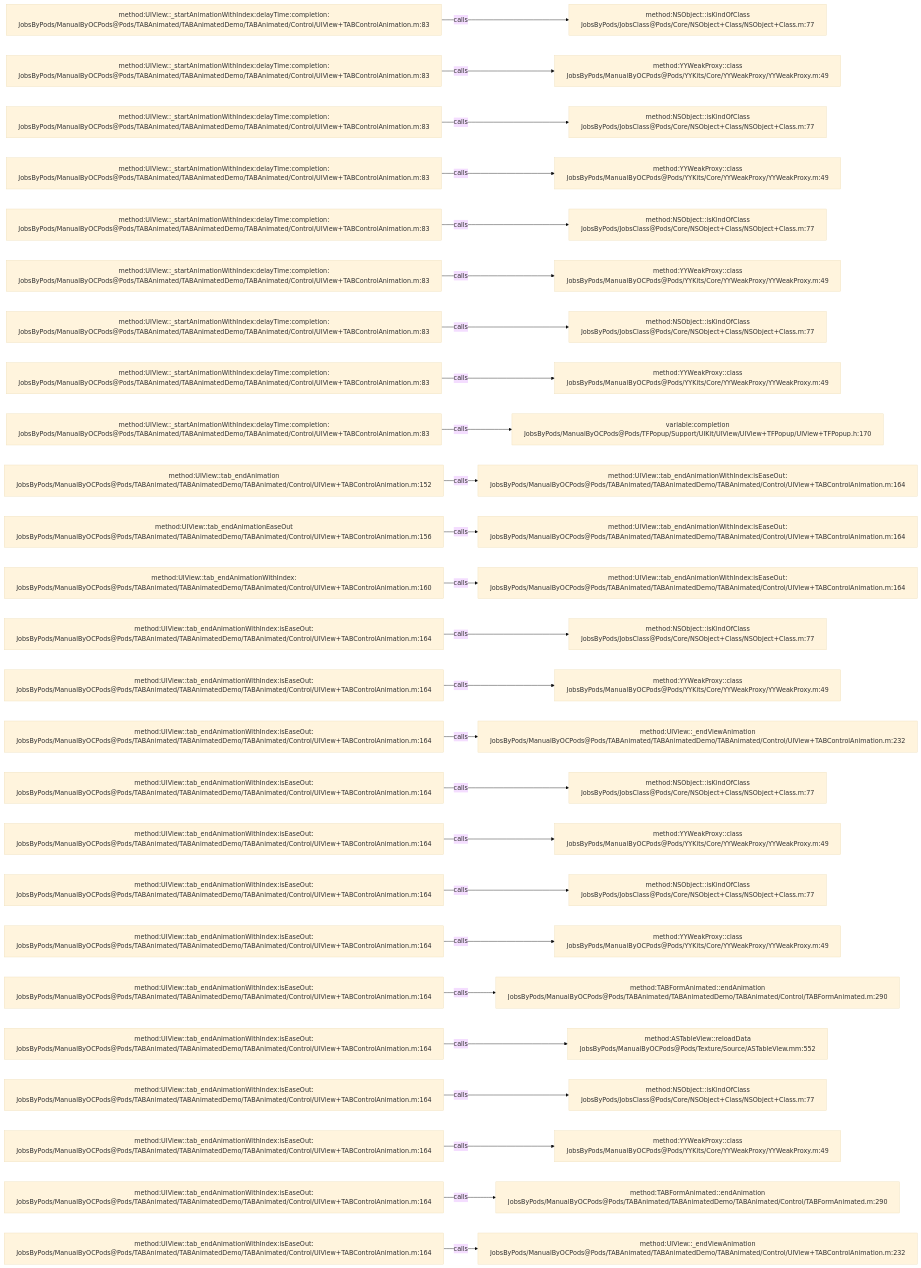
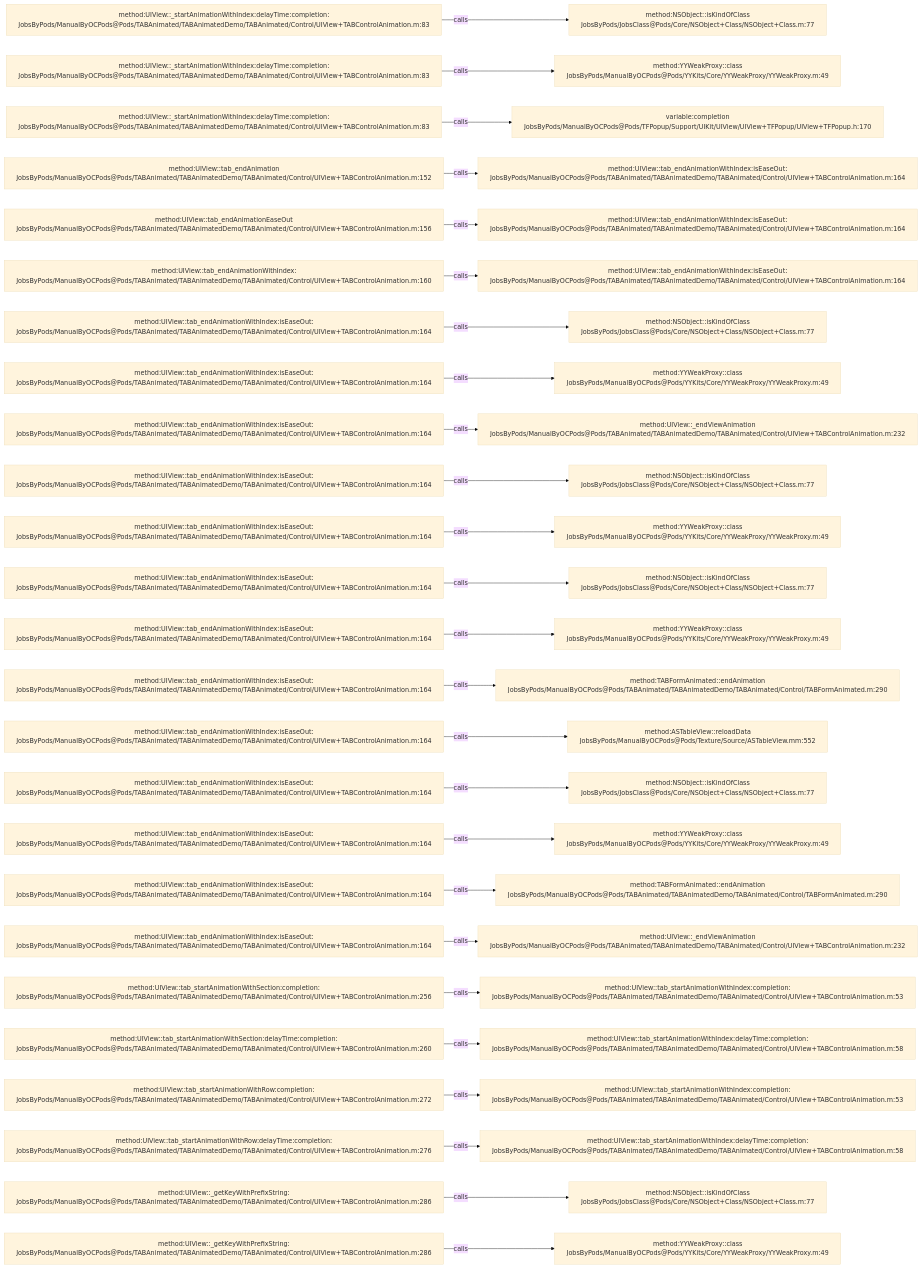
Before and after one commit to JobsKits/JobsOCBaseConfigDemo: the diagram in .codegraph/codegraph.md/graphs/calls-019.md, drawn with Mermaid (base theme). The commit also changed 666 other files, not shown here.

````diff
--- a/.codegraph/codegraph.md/graphs/calls-019.md
+++ b/.codegraph/codegraph.md/graphs/calls-019.md
@@ -13,78 +13,78 @@
 ```mermaid
 flowchart LR
   S1["method:UIView::_startAnimationWithIndex:delayTime:completion:<br/>JobsByPods/ManualByOCPods@Pods/TABAnimated/TABAnimatedDemo/TABAnimated/Control/UIView+TABControlAnimation.m:83"]
   T1["method:NSObject::isKindOfClass<br/>JobsByPods/JobsClass@Pods/Core/NSObject+Class/NSObject+Class.m:77"]
   S1 -->|calls| T1
   S2["method:UIView::_startAnimationWithIndex:delayTime:completion:<br/>JobsByPods/ManualByOCPods@Pods/TABAnimated/TABAnimatedDemo/TABAnimated/Control/UIView+TABControlAnimation.m:83"]
   T2["method:YYWeakProxy::class<br/>JobsByPods/ManualByOCPods@Pods/YYKits/Core/YYWeakProxy/YYWeakProxy.m:49"]
   S2 -->|calls| T2
   S3["method:UIView::_startAnimationWithIndex:delayTime:completion:<br/>JobsByPods/ManualByOCPods@Pods/TABAnimated/TABAnimatedDemo/TABAnimated/Control/UIView+TABControlAnimation.m:83"]
-  T3["method:NSObject::isKindOfClass<br/>JobsByPods/JobsClass@Pods/Core/NSObject+Class/NSObject+Class.m:77"]
+  T3["variable:completion<br/>JobsByPods/ManualByOCPods@Pods/TFPopup/Support/UIKit/UIView/UIView+TFPopup/UIView+TFPopup.h:170"]
   S3 -->|calls| T3
-  S4["method:UIView::_startAnimationWithIndex:delayTime:completion:<br/>JobsByPods/ManualByOCPods@Pods/TABAnimated/TABAnimatedDemo/TABAnimated/Control/UIView+TABControlAnimation.m:83"]
-  T4["method:YYWeakProxy::class<br/>JobsByPods/ManualByOCPods@Pods/YYKits/Core/YYWeakProxy/YYWeakProxy.m:49"]
+  S4["method:UIView::tab_endAnimation<br/>JobsByPods/ManualByOCPods@Pods/TABAnimated/TABAnimatedDemo/TABAnimated/Control/UIView+TABControlAnimation.m:152"]
+  T4["method:UIView::tab_endAnimationWithIndex:isEaseOut:<br/>JobsByPods/ManualByOCPods@Pods/TABAnimated/TABAnimatedDemo/TABAnimated/Control/UIView+TABControlAnimation.m:164"]
   S4 -->|calls| T4
-  S5["method:UIView::_startAnimationWithIndex:delayTime:completion:<br/>JobsByPods/ManualByOCPods@Pods/TABAnimated/TABAnimatedDemo/TABAnimated/Control/UIView+TABControlAnimation.m:83"]
-  T5["method:NSObject::isKindOfClass<br/>JobsByPods/JobsClass@Pods/Core/NSObject+Class/NSObject+Class.m:77"]
+  S5["method:UIView::tab_endAnimationEaseOut<br/>JobsByPods/ManualByOCPods@Pods/TABAnimated/TABAnimatedDemo/TABAnimated/Control/UIView+TABControlAnimation.m:156"]
+  T5["method:UIView::tab_endAnimationWithIndex:isEaseOut:<br/>JobsByPods/ManualByOCPods@Pods/TABAnimated/TABAnimatedDemo/TABAnimated/Control/UIView+TABControlAnimation.m:164"]
   S5 -->|calls| T5
-  S6["method:UIView::_startAnimationWithIndex:delayTime:completion:<br/>JobsByPods/ManualByOCPods@Pods/TABAnimated/TABAnimatedDemo/TABAnimated/Control/UIView+TABControlAnimation.m:83"]
-  T6["method:YYWeakProxy::class<br/>JobsByPods/ManualByOCPods@Pods/YYKits/Core/YYWeakProxy/YYWeakProxy.m:49"]
+  S6["method:UIView::tab_endAnimationWithIndex:<br/>JobsByPods/ManualByOCPods@Pods/TABAnimated/TABAnimatedDemo/TABAnimated/Control/UIView+TABControlAnimation.m:160"]
+  T6["method:UIView::tab_endAnimationWithIndex:isEaseOut:<br/>JobsByPods/ManualByOCPods@Pods/TABAnimated/TABAnimatedDemo/TABAnimated/Control/UIView+TABControlAnimation.m:164"]
   S6 -->|calls| T6
-  S7["method:UIView::_startAnimationWithIndex:delayTime:completion:<br/>JobsByPods/ManualByOCPods@Pods/TABAnimated/TABAnimatedDemo/TABAnimated/Control/UIView+TABControlAnimation.m:83"]
+  S7["method:UIView::tab_endAnimationWithIndex:isEaseOut:<br/>JobsByPods/ManualByOCPods@Pods/TABAnimated/TABAnimatedDemo/TABAnimated/Control/UIView+TABControlAnimation.m:164"]
   T7["method:NSObject::isKindOfClass<br/>JobsByPods/JobsClass@Pods/Core/NSObject+Class/NSObject+Class.m:77"]
   S7 -->|calls| T7
-  S8["method:UIView::_startAnimationWithIndex:delayTime:completion:<br/>JobsByPods/ManualByOCPods@Pods/TABAnimated/TABAnimatedDemo/TABAnimated/Control/UIView+TABControlAnimation.m:83"]
+  S8["method:UIView::tab_endAnimationWithIndex:isEaseOut:<br/>JobsByPods/ManualByOCPods@Pods/TABAnimated/TABAnimatedDemo/TABAnimated/Control/UIView+TABControlAnimation.m:164"]
   T8["method:YYWeakProxy::class<br/>JobsByPods/ManualByOCPods@Pods/YYKits/Core/YYWeakProxy/YYWeakProxy.m:49"]
   S8 -->|calls| T8
-  S9["method:UIView::_startAnimationWithIndex:delayTime:completion:<br/>JobsByPods/ManualByOCPods@Pods/TABAnimated/TABAnimatedDemo/TABAnimated/Control/UIView+TABControlAnimation.m:83"]
-  T9["variable:completion<br/>JobsByPods/ManualByOCPods@Pods/TFPopup/Support/UIKit/UIView/UIView+TFPopup/UIView+TFPopup.h:170"]
+  S9["method:UIView::tab_endAnimationWithIndex:isEaseOut:<br/>JobsByPods/ManualByOCPods@Pods/TABAnimated/TABAnimatedDemo/TABAnimated/Control/UIView+TABControlAnimation.m:164"]
+  T9["method:UIView::_endViewAnimation<br/>JobsByPods/ManualByOCPods@Pods/TABAnimated/TABAnimatedDemo/TABAnimated/Control/UIView+TABControlAnimation.m:232"]
   S9 -->|calls| T9
-  S10["method:UIView::tab_endAnimation<br/>JobsByPods/ManualByOCPods@Pods/TABAnimated/TABAnimatedDemo/TABAnimated/Control/UIView+TABControlAnimation.m:152"]
-  T10["method:UIView::tab_endAnimationWithIndex:isEaseOut:<br/>JobsByPods/ManualByOCPods@Pods/TABAnimated/TABAnimatedDemo/TABAnimated/Control/UIView+TABControlAnimation.m:164"]
+  S10["method:UIView::tab_endAnimationWithIndex:isEaseOut:<br/>JobsByPods/ManualByOCPods@Pods/TABAnimated/TABAnimatedDemo/TABAnimated/Control/UIView+TABControlAnimation.m:164"]
+  T10["method:NSObject::isKindOfClass<br/>JobsByPods/JobsClass@Pods/Core/NSObject+Class/NSObject+Class.m:77"]
   S10 -->|calls| T10
-  S11["method:UIView::tab_endAnimationEaseOut<br/>JobsByPods/ManualByOCPods@Pods/TABAnimated/TABAnimatedDemo/TABAnimated/Control/UIView+TABControlAnimation.m:156"]
-  T11["method:UIView::tab_endAnimationWithIndex:isEaseOut:<br/>JobsByPods/ManualByOCPods@Pods/TABAnimated/TABAnimatedDemo/TABAnimated/Control/UIView+TABControlAnimation.m:164"]
+  S11["method:UIView::tab_endAnimationWithIndex:isEaseOut:<br/>JobsByPods/ManualByOCPods@Pods/TABAnimated/TABAnimatedDemo/TABAnimated/Control/UIView+TABControlAnimation.m:164"]
+  T11["method:YYWeakProxy::class<br/>JobsByPods/ManualByOCPods@Pods/YYKits/Core/YYWeakProxy/YYWeakProxy.m:49"]
   S11 -->|calls| T11
-  S12["method:UIView::tab_endAnimationWithIndex:<br/>JobsByPods/ManualByOCPods@Pods/TABAnimated/TABAnimatedDemo/TABAnimated/Control/UIView+TABControlAnimation.m:160"]
-  T12["method:UIView::tab_endAnimationWithIndex:isEaseOut:<br/>JobsByPods/ManualByOCPods@Pods/TABAnimated/TABAnimatedDemo/TABAnimated/Control/UIView+TABControlAnimation.m:164"]
+  S12["method:UIView::tab_endAnimationWithIndex:isEaseOut:<br/>JobsByPods/ManualByOCPods@Pods/TABAnimated/TABAnimatedDemo/TABAnimated/Control/UIView+TABControlAnimation.m:164"]
+  T12["method:NSObject::isKindOfClass<br/>JobsByPods/JobsClass@Pods/Core/NSObject+Class/NSObject+Class.m:77"]
   S12 -->|calls| T12
   S13["method:UIView::tab_endAnimationWithIndex:isEaseOut:<br/>JobsByPods/ManualByOCPods@Pods/TABAnimated/TABAnimatedDemo/TABAnimated/Control/UIView+TABControlAnimation.m:164"]
-  T13["method:NSObject::isKindOfClass<br/>JobsByPods/JobsClass@Pods/Core/NSObject+Class/NSObject+Class.m:77"]
+  T13["method:YYWeakProxy::class<br/>JobsByPods/ManualByOCPods@Pods/YYKits/Core/YYWeakProxy/YYWeakProxy.m:49"]
   S13 -->|calls| T13
   S14["method:UIView::tab_endAnimationWithIndex:isEaseOut:<br/>JobsByPods/ManualByOCPods@Pods/TABAnimated/TABAnimatedDemo/TABAnimated/Control/UIView+TABControlAnimation.m:164"]
-  T14["method:YYWeakProxy::class<br/>JobsByPods/ManualByOCPods@Pods/YYKits/Core/YYWeakProxy/YYWeakProxy.m:49"]
+  T14["method:TABFormAnimated::endAnimation<br/>JobsByPods/ManualByOCPods@Pods/TABAnimated/TABAnimatedDemo/TABAnimated/Control/TABFormAnimated.m:290"]
   S14 -->|calls| T14
   S15["method:UIView::tab_endAnimationWithIndex:isEaseOut:<br/>JobsByPods/ManualByOCPods@Pods/TABAnimated/TABAnimatedDemo/TABAnimated/Control/UIView+TABControlAnimation.m:164"]
-  T15["method:UIView::_endViewAnimation<br/>JobsByPods/ManualByOCPods@Pods/TABAnimated/TABAnimatedDemo/TABAnimated/Control/UIView+TABControlAnimation.m:232"]
+  T15["method:ASTableView::reloadData<br/>JobsByPods/ManualByOCPods@Pods/Texture/Source/ASTableView.mm:552"]
   S15 -->|calls| T15
   S16["method:UIView::tab_endAnimationWithIndex:isEaseOut:<br/>JobsByPods/ManualByOCPods@Pods/TABAnimated/TABAnimatedDemo/TABAnimated/Control/UIView+TABControlAnimation.m:164"]
   T16["method:NSObject::isKindOfClass<br/>JobsByPods/JobsClass@Pods/Core/NSObject+Class/NSObject+Class.m:77"]
   S16 -->|calls| T16
   S17["method:UIView::tab_endAnimationWithIndex:isEaseOut:<br/>JobsByPods/ManualByOCPods@Pods/TABAnimated/TABAnimatedDemo/TABAnimated/Control/UIView+TABControlAnimation.m:164"]
   T17["method:YYWeakProxy::class<br/>JobsByPods/ManualByOCPods@Pods/YYKits/Core/YYWeakProxy/YYWeakProxy.m:49"]
   S17 -->|calls| T17
   S18["method:UIView::tab_endAnimationWithIndex:isEaseOut:<br/>JobsByPods/ManualByOCPods@Pods/TABAnimated/TABAnimatedDemo/TABAnimated/Control/UIView+TABControlAnimation.m:164"]
-  T18["method:NSObject::isKindOfClass<br/>JobsByPods/JobsClass@Pods/Core/NSObject+Class/NSObject+Class.m:77"]
+  T18["method:TABFormAnimated::endAnimation<br/>JobsByPods/ManualByOCPods@Pods/TABAnimated/TABAnimatedDemo/TABAnimated/Control/TABFormAnimated.m:290"]
   S18 -->|calls| T18
   S19["method:UIView::tab_endAnimationWithIndex:isEaseOut:<br/>JobsByPods/ManualByOCPods@Pods/TABAnimated/TABAnimatedDemo/TABAnimated/Control/UIView+TABControlAnimation.m:164"]
-  T19["method:YYWeakProxy::class<br/>JobsByPods/ManualByOCPods@Pods/YYKits/Core/YYWeakProxy/YYWeakProxy.m:49"]
+  T19["method:UIView::_endViewAnimation<br/>JobsByPods/ManualByOCPods@Pods/TABAnimated/TABAnimatedDemo/TABAnimated/Control/UIView+TABControlAnimation.m:232"]
   S19 -->|calls| T19
-  S20["method:UIView::tab_endAnimationWithIndex:isEaseOut:<br/>JobsByPods/ManualByOCPods@Pods/TABAnimated/TABAnimatedDemo/TABAnimated/Control/UIView+TABControlAnimation.m:164"]
-  T20["method:TABFormAnimated::endAnimation<br/>JobsByPods/ManualByOCPods@Pods/TABAnimated/TABAnimatedDemo/TABAnimated/Control/TABFormAnimated.m:290"]
+  S20["method:UIView::tab_startAnimationWithSection:completion:<br/>JobsByPods/ManualByOCPods@Pods/TABAnimated/TABAnimatedDemo/TABAnimated/Control/UIView+TABControlAnimation.m:256"]
+  T20["method:UIView::tab_startAnimationWithIndex:completion:<br/>JobsByPods/ManualByOCPods@Pods/TABAnimated/TABAnimatedDemo/TABAnimated/Control/UIView+TABControlAnimation.m:53"]
   S20 -->|calls| T20
-  S21["method:UIView::tab_endAnimationWithIndex:isEaseOut:<br/>JobsByPods/ManualByOCPods@Pods/TABAnimated/TABAnimatedDemo/TABAnimated/Control/UIView+TABControlAnimation.m:164"]
-  T21["method:ASTableView::reloadData<br/>JobsByPods/ManualByOCPods@Pods/Texture/Source/ASTableView.mm:552"]
+  S21["method:UIView::tab_startAnimationWithSection:delayTime:completion:<br/>JobsByPods/ManualByOCPods@Pods/TABAnimated/TABAnimatedDemo/TABAnimated/Control/UIView+TABControlAnimation.m:260"]
+  T21["method:UIView::tab_startAnimationWithIndex:delayTime:completion:<br/>JobsByPods/ManualByOCPods@Pods/TABAnimated/TABAnimatedDemo/TABAnimated/Control/UIView+TABControlAnimation.m:58"]
   S21 -->|calls| T21
-  S22["method:UIView::tab_endAnimationWithIndex:isEaseOut:<br/>JobsByPods/ManualByOCPods@Pods/TABAnimated/TABAnimatedDemo/TABAnimated/Control/UIView+TABControlAnimation.m:164"]
-  T22["method:NSObject::isKindOfClass<br/>JobsByPods/JobsClass@Pods/Core/NSObject+Class/NSObject+Class.m:77"]
+  S22["method:UIView::tab_startAnimationWithRow:completion:<br/>JobsByPods/ManualByOCPods@Pods/TABAnimated/TABAnimatedDemo/TABAnimated/Control/UIView+TABControlAnimation.m:272"]
+  T22["method:UIView::tab_startAnimationWithIndex:completion:<br/>JobsByPods/ManualByOCPods@Pods/TABAnimated/TABAnimatedDemo/TABAnimated/Control/UIView+TABControlAnimation.m:53"]
   S22 -->|calls| T22
-  S23["method:UIView::tab_endAnimationWithIndex:isEaseOut:<br/>JobsByPods/ManualByOCPods@Pods/TABAnimated/TABAnimatedDemo/TABAnimated/Control/UIView+TABControlAnimation.m:164"]
-  T23["method:YYWeakProxy::class<br/>JobsByPods/ManualByOCPods@Pods/YYKits/Core/YYWeakProxy/YYWeakProxy.m:49"]
+  S23["method:UIView::tab_startAnimationWithRow:delayTime:completion:<br/>JobsByPods/ManualByOCPods@Pods/TABAnimated/TABAnimatedDemo/TABAnimated/Control/UIView+TABControlAnimation.m:276"]
+  T23["method:UIView::tab_startAnimationWithIndex:delayTime:completion:<br/>JobsByPods/ManualByOCPods@Pods/TABAnimated/TABAnimatedDemo/TABAnimated/Control/UIView+TABControlAnimation.m:58"]
   S23 -->|calls| T23
-  S24["method:UIView::tab_endAnimationWithIndex:isEaseOut:<br/>JobsByPods/ManualByOCPods@Pods/TABAnimated/TABAnimatedDemo/TABAnimated/Control/UIView+TABControlAnimation.m:164"]
-  T24["method:TABFormAnimated::endAnimation<br/>JobsByPods/ManualByOCPods@Pods/TABAnimated/TABAnimatedDemo/TABAnimated/Control/TABFormAnimated.m:290"]
+  S24["method:UIView::_getKeyWithPrefixString:<br/>JobsByPods/ManualByOCPods@Pods/TABAnimated/TABAnimatedDemo/TABAnimated/Control/UIView+TABControlAnimation.m:286"]
+  T24["method:NSObject::isKindOfClass<br/>JobsByPods/JobsClass@Pods/Core/NSObject+Class/NSObject+Class.m:77"]
   S24 -->|calls| T24
-  S25["method:UIView::tab_endAnimationWithIndex:isEaseOut:<br/>JobsByPods/ManualByOCPods@Pods/TABAnimated/TABAnimatedDemo/TABAnimated/Control/UIView+TABControlAnimation.m:164"]
-  T25["method:UIView::_endViewAnimation<br/>JobsByPods/ManualByOCPods@Pods/TABAnimated/TABAnimatedDemo/TABAnimated/Control/UIView+TABControlAnimation.m:232"]
+  S25["method:UIView::_getKeyWithPrefixString:<br/>JobsByPods/ManualByOCPods@Pods/TABAnimated/TABAnimatedDemo/TABAnimated/Control/UIView+TABControlAnimation.m:286"]
+  T25["method:YYWeakProxy::class<br/>JobsByPods/ManualByOCPods@Pods/YYKits/Core/YYWeakProxy/YYWeakProxy.m:49"]
   S25 -->|calls| T25
 ```
````
